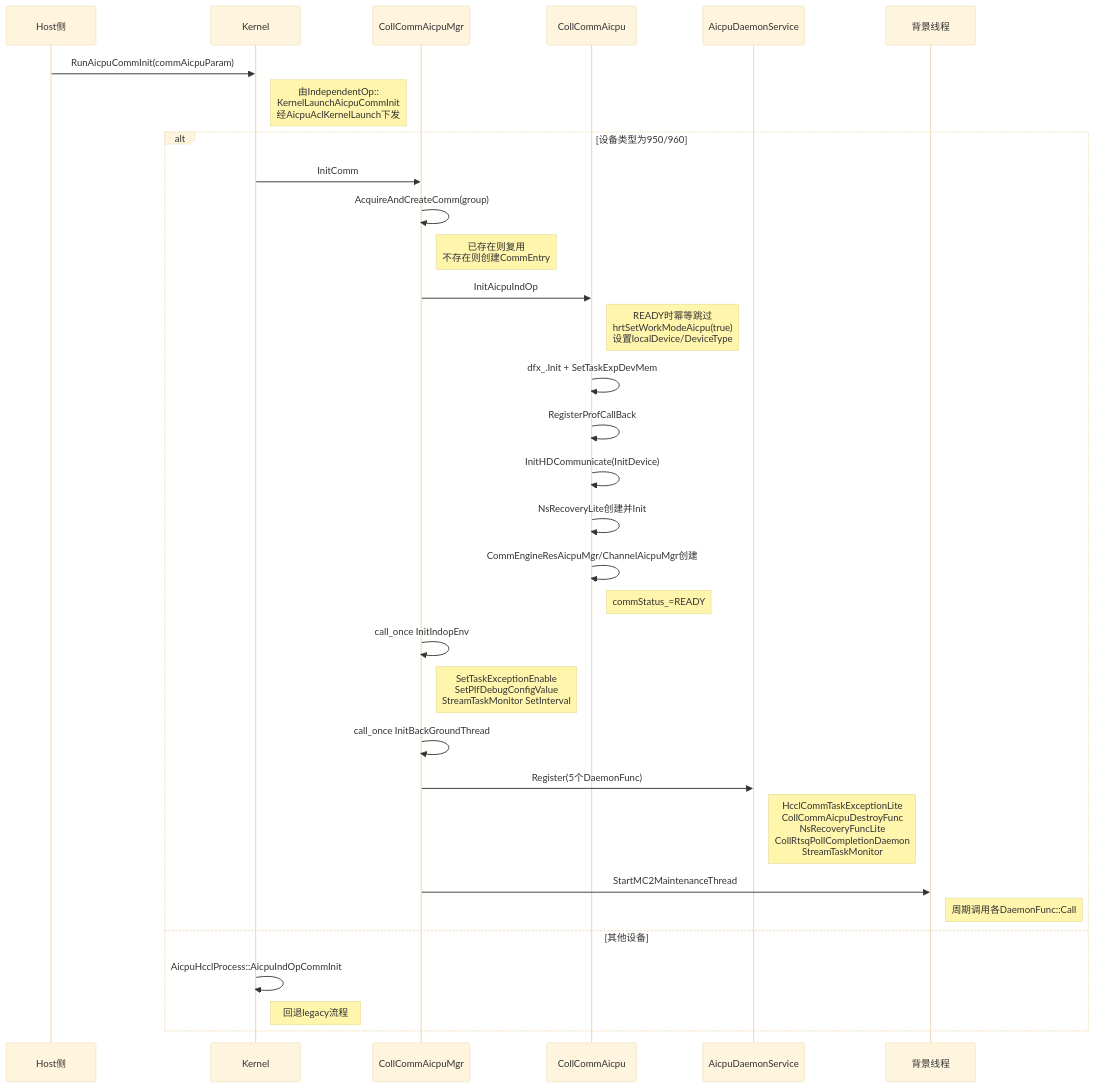
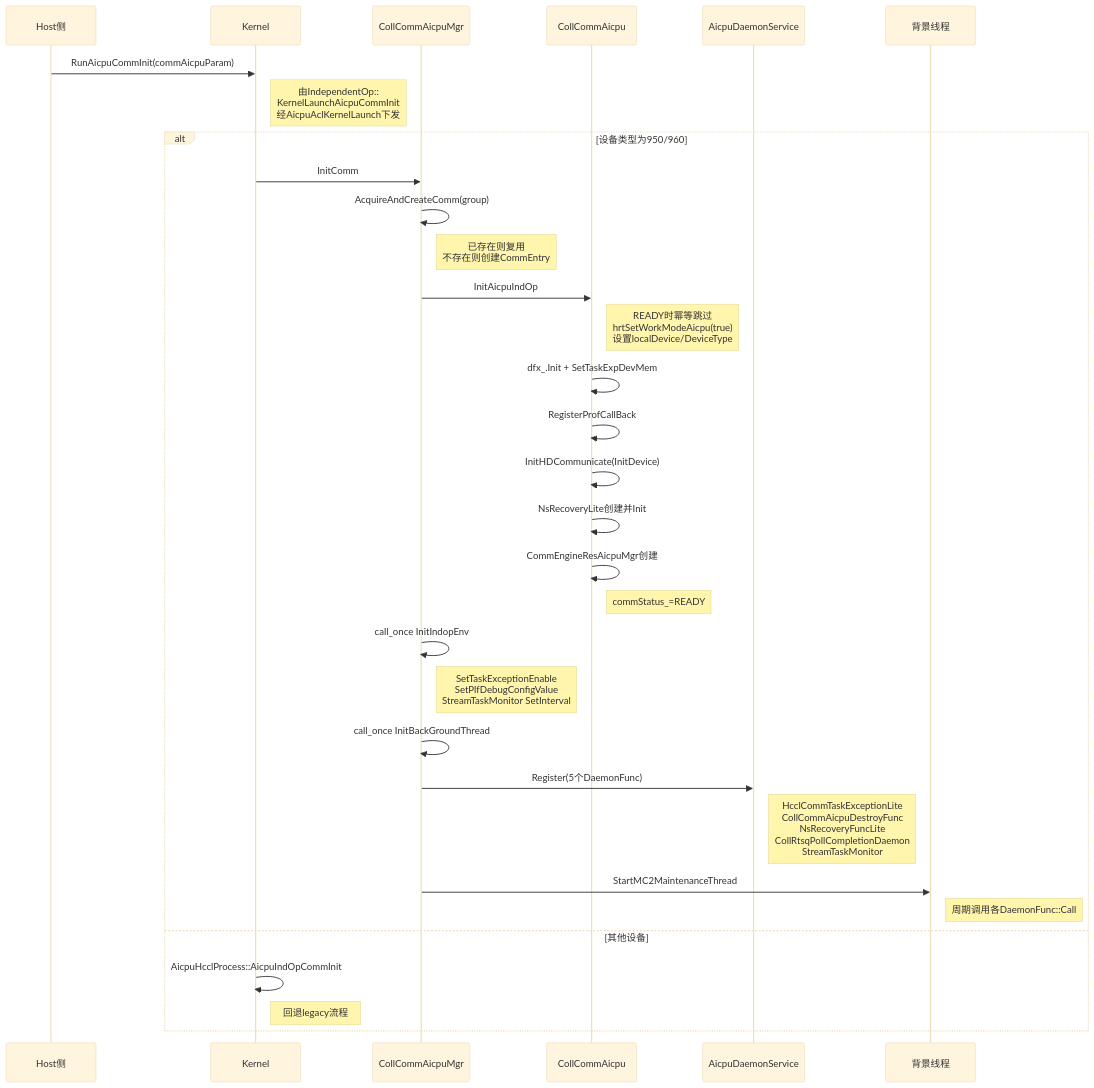
The fourth of 12 diagrams in src/coll_communicator_mgr/communicator/communicator.md (Atlas-Ascend-Fork/hcomm), drawn with Mermaid (base theme) before and after one commit. The commit also changed other lines of this file and 4 other files, not shown here.

````diff
--- a/src/coll_communicator_mgr/communicator/communicator.md
+++ b/src/coll_communicator_mgr/communicator/communicator.md
@@ -221,40 +217,40 @@
 ```mermaid
 sequenceDiagram
     participant Host侧
     participant Kernel
     participant CollCommAicpuMgr
     participant CollCommAicpu
     participant AicpuDaemonService
     participant 背景线程
 
     Host侧->>Kernel: RunAicpuCommInit(commAicpuParam)
     Note right of Kernel: 由IndependentOp::<br/>KernelLaunchAicpuCommInit<br/>经AicpuAclKernelLaunch下发
 
     alt 设备类型为950/960
         Kernel->>CollCommAicpuMgr: InitComm
         CollCommAicpuMgr->>CollCommAicpuMgr: AcquireAndCreateComm(group)
         Note right of CollCommAicpuMgr: 已存在则复用<br/>不存在则创建CommEntry
 
         CollCommAicpuMgr->>CollCommAicpu: InitAicpuIndOp
         Note right of CollCommAicpu: READY时幂等跳过<br/>hrtSetWorkModeAicpu(true)<br/>设置localDevice/DeviceType
 
         CollCommAicpu->>CollCommAicpu: dfx_.Init + SetTaskExpDevMem
         CollCommAicpu->>CollCommAicpu: RegisterProfCallBack
         CollCommAicpu->>CollCommAicpu: InitHDCommunicate(InitDevice)
         CollCommAicpu->>CollCommAicpu: NsRecoveryLite创建并Init
-        CollCommAicpu->>CollCommAicpu: CommEngineResAicpuMgr/ChannelAicpuMgr创建
+        CollCommAicpu->>CollCommAicpu: CommEngineResAicpuMgr创建
         Note right of CollCommAicpu: commStatus_=READY
 
         CollCommAicpuMgr->>CollCommAicpuMgr: call_once InitIndopEnv
         Note right of CollCommAicpuMgr: SetTaskExceptionEnable<br/>SetPlfDebugConfigValue<br/>StreamTaskMonitor SetInterval
 
         CollCommAicpuMgr->>CollCommAicpuMgr: call_once InitBackGroundThread
         CollCommAicpuMgr->>AicpuDaemonService: Register(5个DaemonFunc)
         Note right of AicpuDaemonService: HcclCommTaskExceptionLite<br/>CollCommAicpuDestroyFunc<br/>NsRecoveryFuncLite<br/>CollRtsqPollCompletionDaemon<br/>StreamTaskMonitor
         CollCommAicpuMgr->>背景线程: StartMC2MaintenanceThread
         Note right of 背景线程: 周期调用各DaemonFunc::Call
     else 其他设备
         Kernel->>Kernel: AicpuHcclProcess::AicpuIndOpCommInit
         Note right of Kernel: 回退legacy流程
     end
 ```
````
